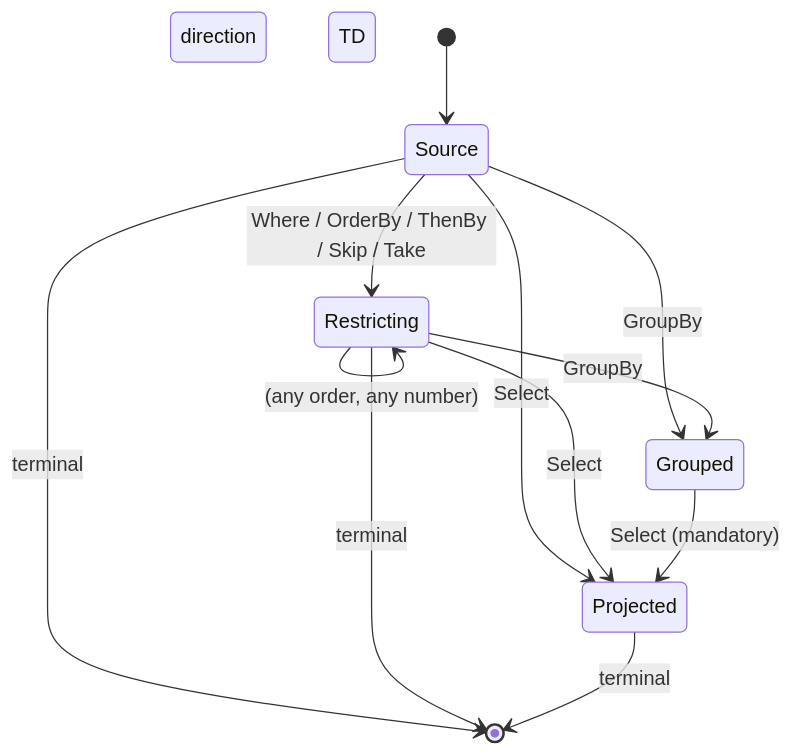
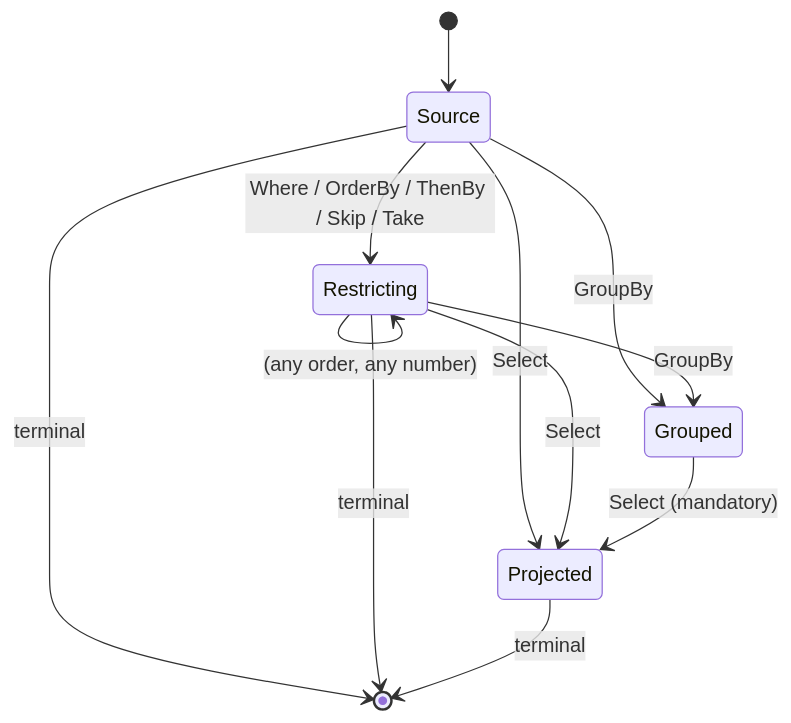
Before and after one commit to Papyrine/Scry: the diagram in docs/includes/pipeline-order.include.md, drawn with Mermaid. The commit also changed 12 other files, not shown here.

````diff
--- a/docs/includes/pipeline-order.include.md
+++ b/docs/includes/pipeline-order.include.md
@@ -3,15 +3,15 @@
 ```mermaid
 stateDiagram-v2
-    direction TD
+    direction TB
     [*] --> Source
     Source --> Restricting: Where / OrderBy / ThenBy / Skip / Take
     Restricting --> Restricting: (any order, any number)
     Source --> Grouped: GroupBy
     Restricting --> Grouped: GroupBy
     Source --> Projected: Select
     Restricting --> Projected: Select
     Grouped --> Projected: Select (mandatory)
     Source --> [*]: terminal
     Restricting --> [*]: terminal
     Projected --> [*]: terminal
 ```
````
